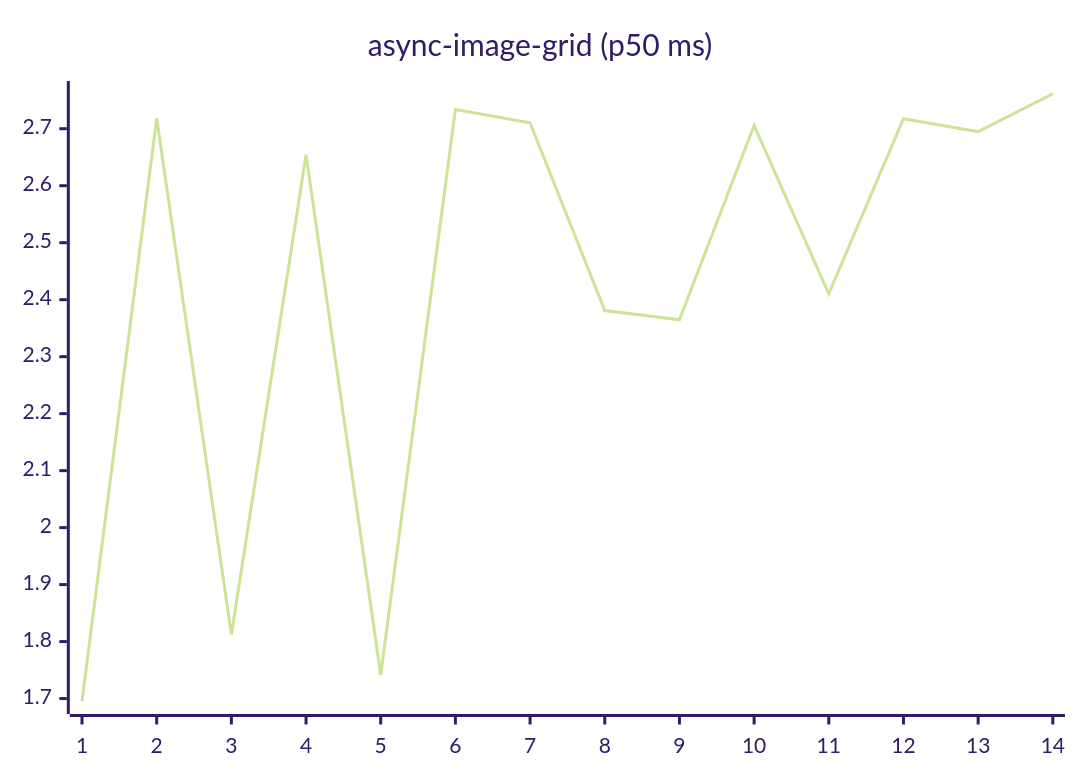
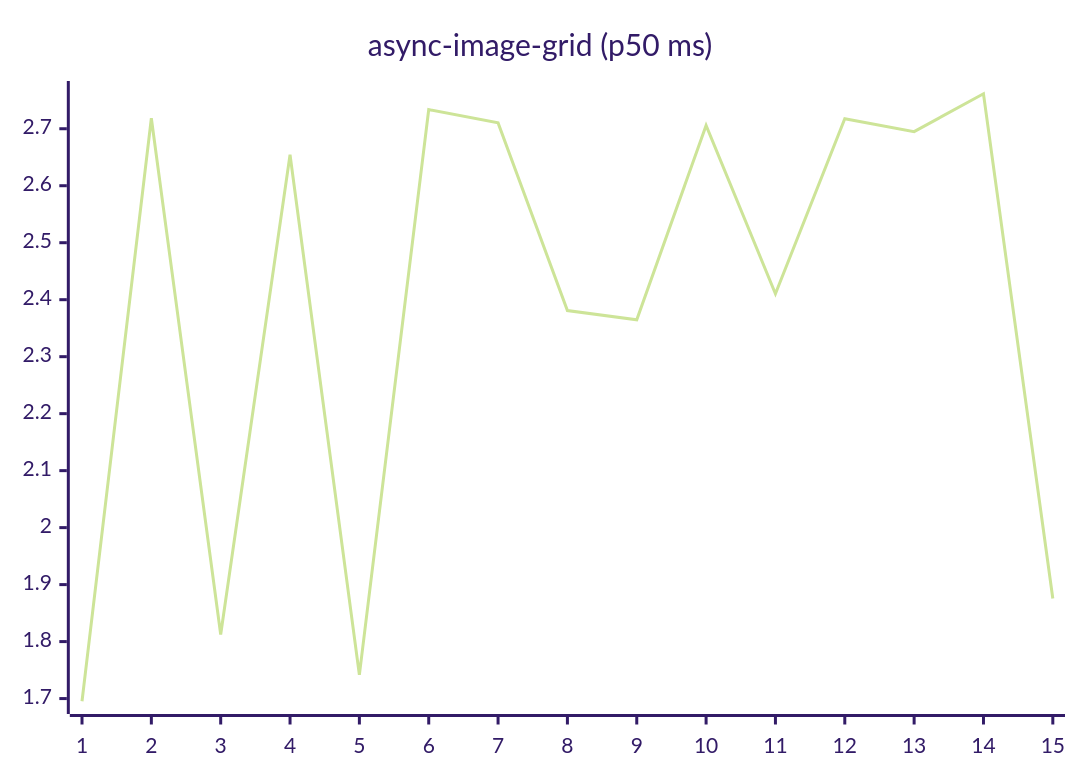
The fifth of 27 diagrams in README.md (josha/Facet), drawn with Mermaid (forest theme) before and after one commit. The commit also changed other lines of this file and 2 other files, not shown here.

````diff
--- a/README.md
+++ b/README.md
@@ -91,6 +91,6 @@
 ```mermaid
 xychart-beta
     title "async-image-grid (p50 ms)"
-    x-axis 1 --> 14
-    line [1.6953, 2.7184, 1.8124, 2.6543, 1.7415, 2.7336, 2.7103, 2.3810, 2.3646, 2.7059, 2.4103, 2.7175, 2.6949, 2.7614]
+    x-axis 1 --> 15
+    line [1.6953, 2.7184, 1.8124, 2.6543, 1.7415, 2.7336, 2.7103, 2.3810, 2.3646, 2.7059, 2.4103, 2.7175, 2.6949, 2.7614, 1.8756]
 ```
````
